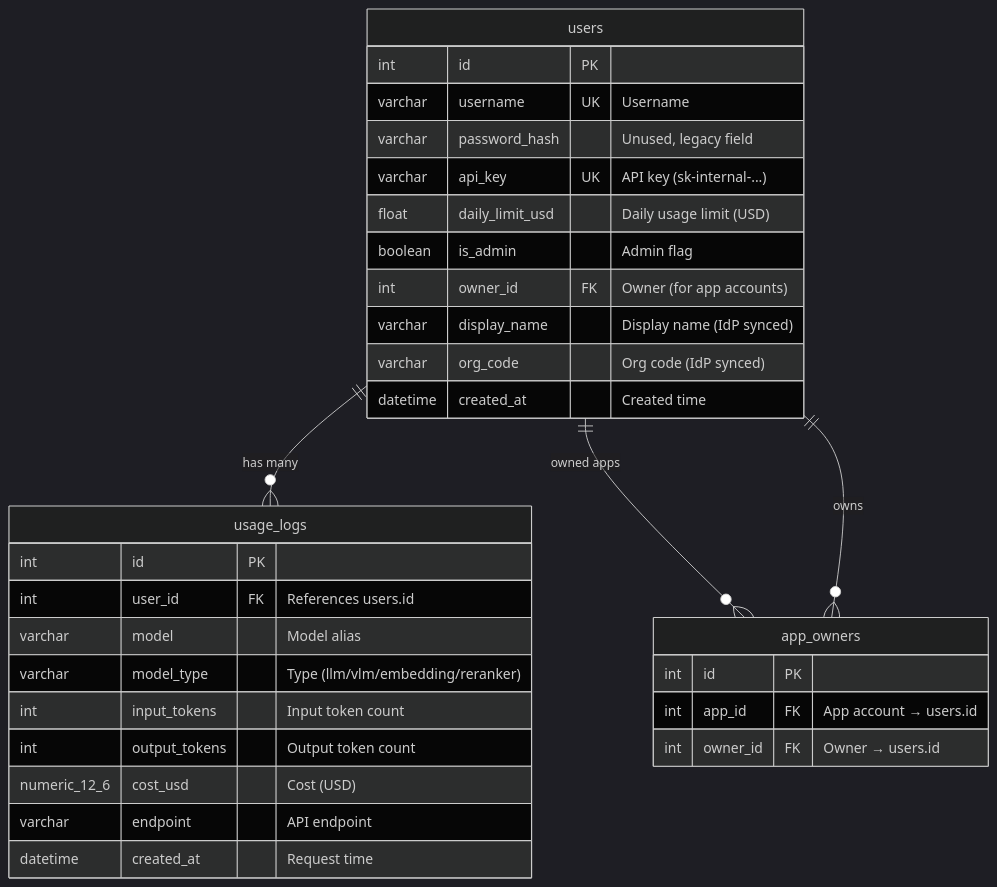
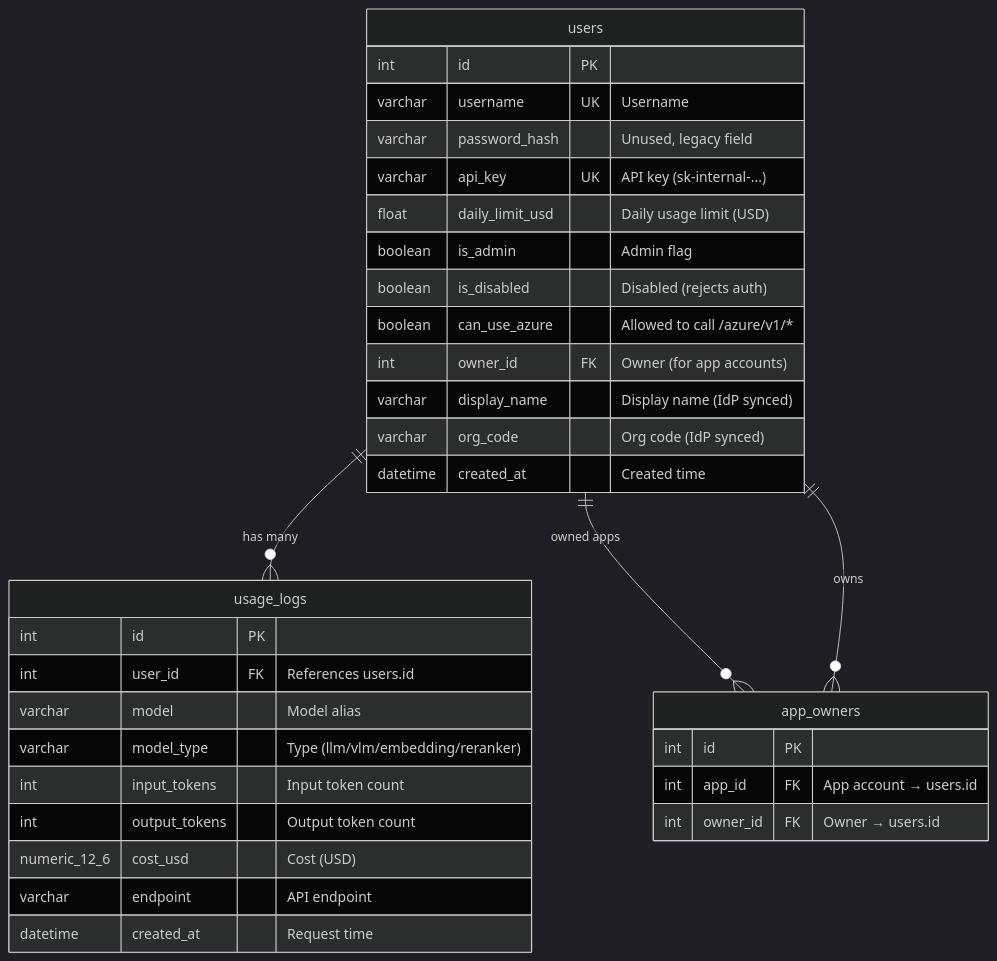
One commit to bwinken/llm-gateway changed the diagram in alembic/README.md. Above: the diagram before and after it, drawn with Mermaid (dark theme). The commit also changed other lines of this file and 28 other files, not shown here.

````diff
--- a/alembic/README.md
+++ b/alembic/README.md
@@ -78,37 +80,39 @@
 ```mermaid
 erDiagram
     users {
         int id PK
         varchar username UK "Username"
         varchar password_hash "Unused, legacy field"
         varchar api_key UK "API key (sk-internal-...)"
         float daily_limit_usd "Daily usage limit (USD)"
         boolean is_admin "Admin flag"
+        boolean is_disabled "Disabled (rejects auth)"
+        boolean can_use_azure "Allowed to call /azure/v1/*"
         int owner_id FK "Owner (for app accounts)"
         varchar display_name "Display name (IdP synced)"
         varchar org_code "Org code (IdP synced)"
         datetime created_at "Created time"
     }
 
     usage_logs {
         int id PK
         int user_id FK "References users.id"
         varchar model "Model alias"
         varchar model_type "Type (llm/vlm/embedding/reranker)"
         int input_tokens "Input token count"
         int output_tokens "Output token count"
         numeric_12_6 cost_usd "Cost (USD)"
         varchar endpoint "API endpoint"
         datetime created_at "Request time"
     }
 
     app_owners {
         int id PK
         int app_id FK "App account → users.id"
         int owner_id FK "Owner → users.id"
     }
 
     users ||--o{ usage_logs : "has many"
     users ||--o{ app_owners : "owned apps"
     users ||--o{ app_owners : "owns"
 ```
````
